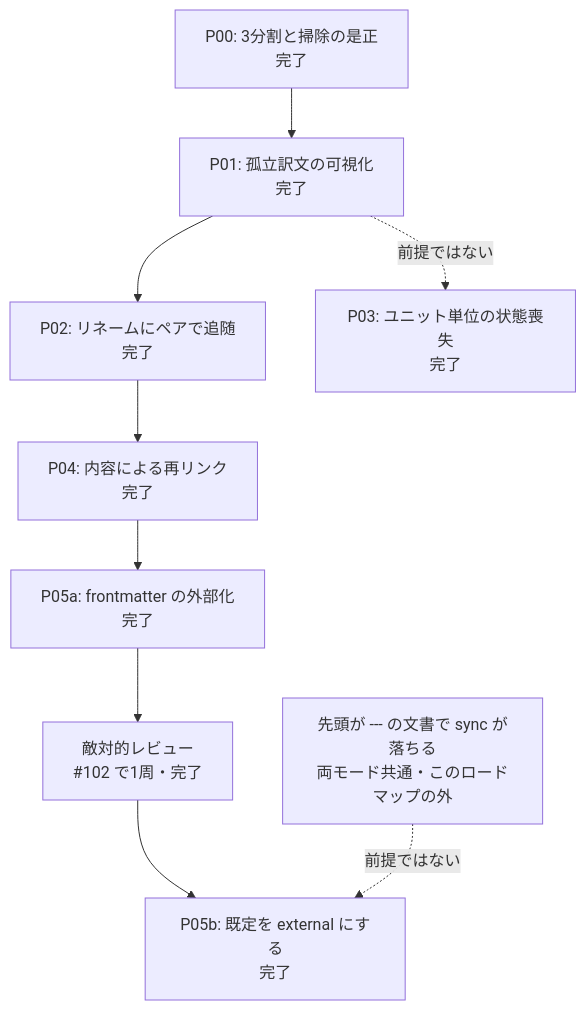
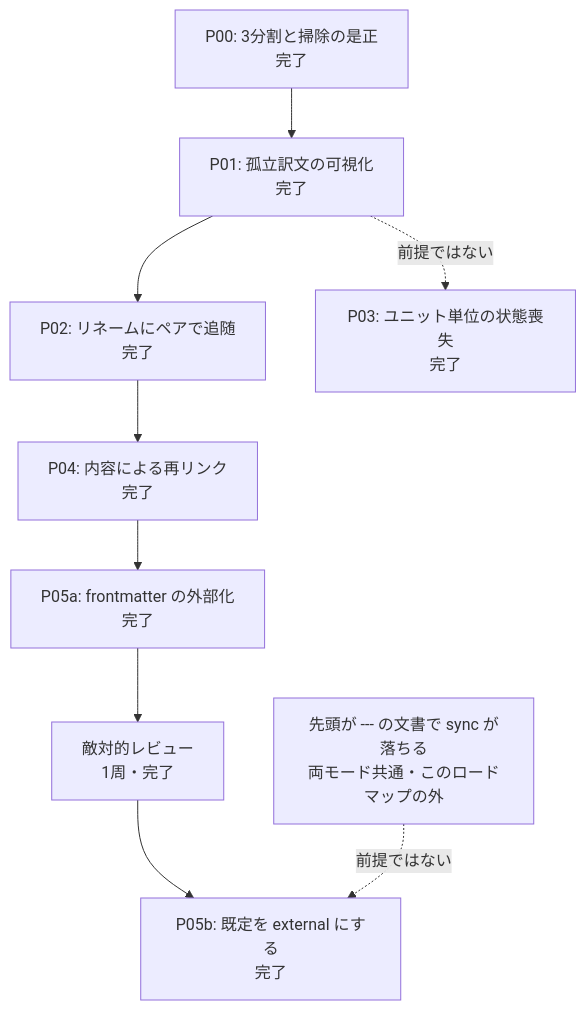
One commit to mochimochiki/mdait changed the diagram in docs/roadmaps/roadmap-v01_external-markers.md. Above: the diagram before and after it, drawn with Mermaid. The commit also changed other lines of this file and 4 other files, not shown here.

````diff
--- a/docs/roadmaps/roadmap-v01_external-markers.md
+++ b/docs/roadmaps/roadmap-v01_external-markers.md
@@ -33,11 +33,11 @@
 ```mermaid
 graph TD
 P00[P00: 3分割と掃除の是正<br/>完了] --> P01[P01: 孤立訳文の可視化<br/>完了]
 P01 --> P02[P02: リネームにペアで追随<br/>完了]
 P02 --> P04[P04: 内容による再リンク<br/>完了]
 P04 --> P05a[P05a: frontmatter の外部化<br/>完了]
-P05a --> R[敵対的レビュー<br/>#102 で1周・完了]
+P05a --> R[敵対的レビュー<br/>1周・完了]
 R --> P05b[P05b: 既定を external にする<br/>完了]
 P01 -.->|前提ではない| P03[P03: ユニット単位の状態喪失<br/>完了]
 FM[先頭が --- の文書で sync が落ちる<br/>両モード共通・このロードマップの外] -.->|前提ではない| P05b
 ```
````
